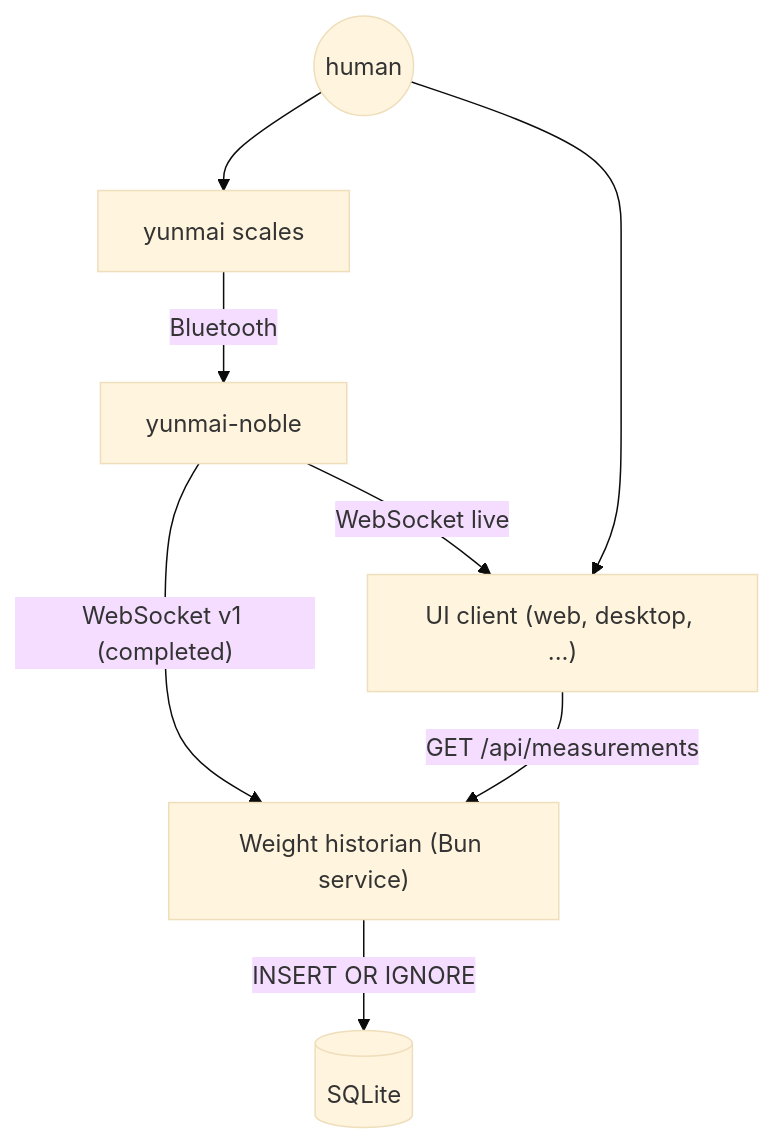
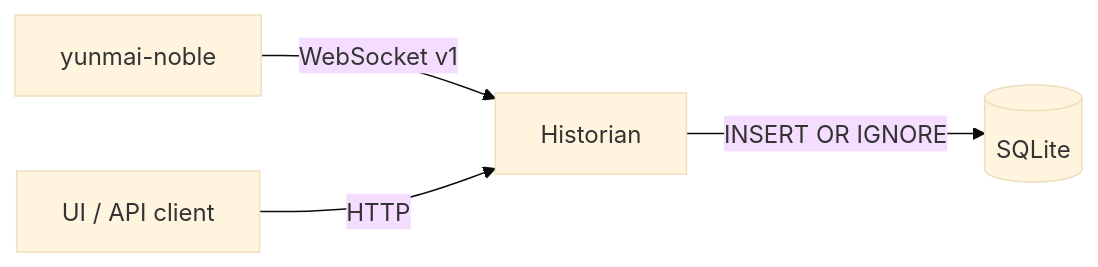
Before and after one commit to Vanuan/yunmai-noble: the diagram in project/HISTORIAN.md, drawn with Mermaid (base theme). The commit also changed other lines of this file and 16 other files, not shown here.

````diff
--- a/project/HISTORIAN.md
+++ b/project/HISTORIAN.md
@@ -51,11 +14,6 @@
 ```mermaid
-flowchart TD
-    human(("human")) --> scales["yunmai scales"]
-    human --> client["UI client (web, desktop, ...)"]
-
-    scales -->|"Bluetooth"| node["yunmai-noble"]
-    node -->|"WebSocket v1 (completed)"| historian["Weight historian (Bun service)"]
-    node -->|"WebSocket live"| client
-    client -->|"GET /api/measurements"| historian
+flowchart LR
+    node["yunmai-noble"] -->|"WebSocket v1"| historian["Historian"]
     historian -->|"INSERT OR IGNORE"| db[("SQLite")]
+    client["UI / API client"] -->|"HTTP"| historian
 ```
````
